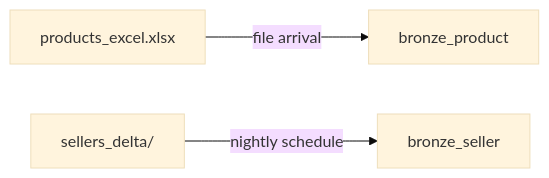
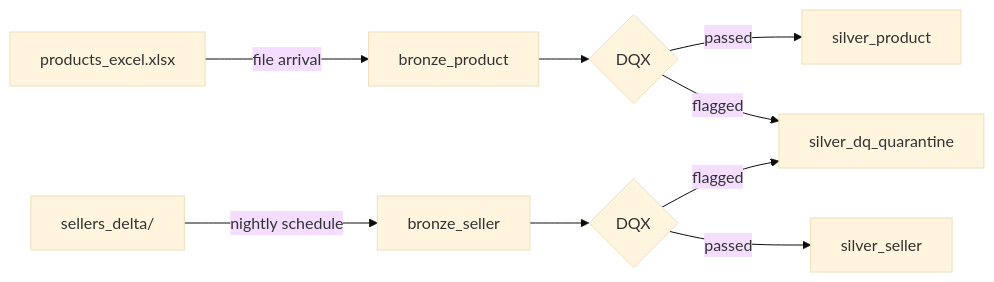
One commit to corinat/poc_databricks_updated changed the diagram in src/flow02/README.md. Above: the diagram before and after it, drawn with Mermaid (base theme). The commit also changed other lines of this file, not shown here.

````diff
--- a/src/flow02/README.md
+++ b/src/flow02/README.md
@@ -16,5 +19,7 @@
 ```mermaid
 flowchart LR
-    XLSX[products_excel.xlsx] -->|file arrival| B1[bronze_product]
-    DELTA[sellers_delta/] -->|nightly schedule| B2[bronze_seller]
+    XLSX[products_excel.xlsx] -->|file arrival| B1[bronze_product] --> DQ1{DQX} -->|passed| S1[silver_product]
+    DELTA[sellers_delta/] -->|nightly schedule| B2[bronze_seller] --> DQ2{DQX} -->|passed| S2[silver_seller]
+    DQ1 -->|flagged| Q[silver_dq_quarantine]
+    DQ2 -->|flagged| Q
 ```
````
